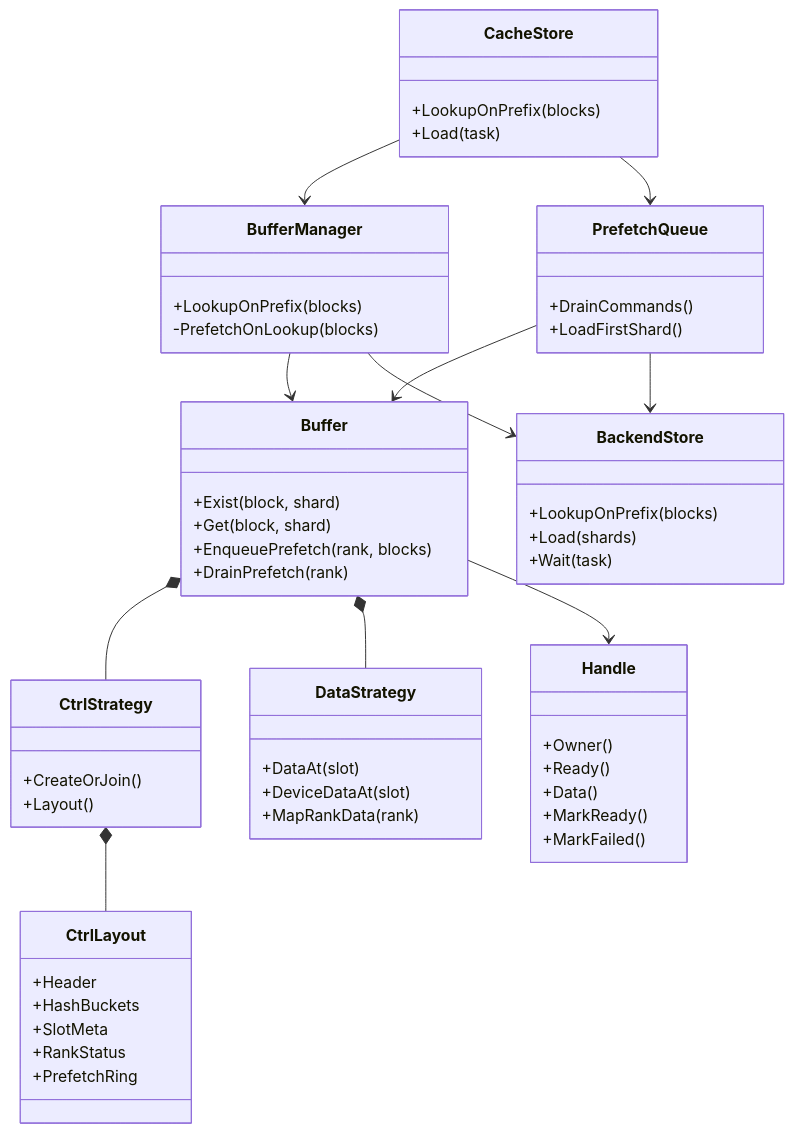
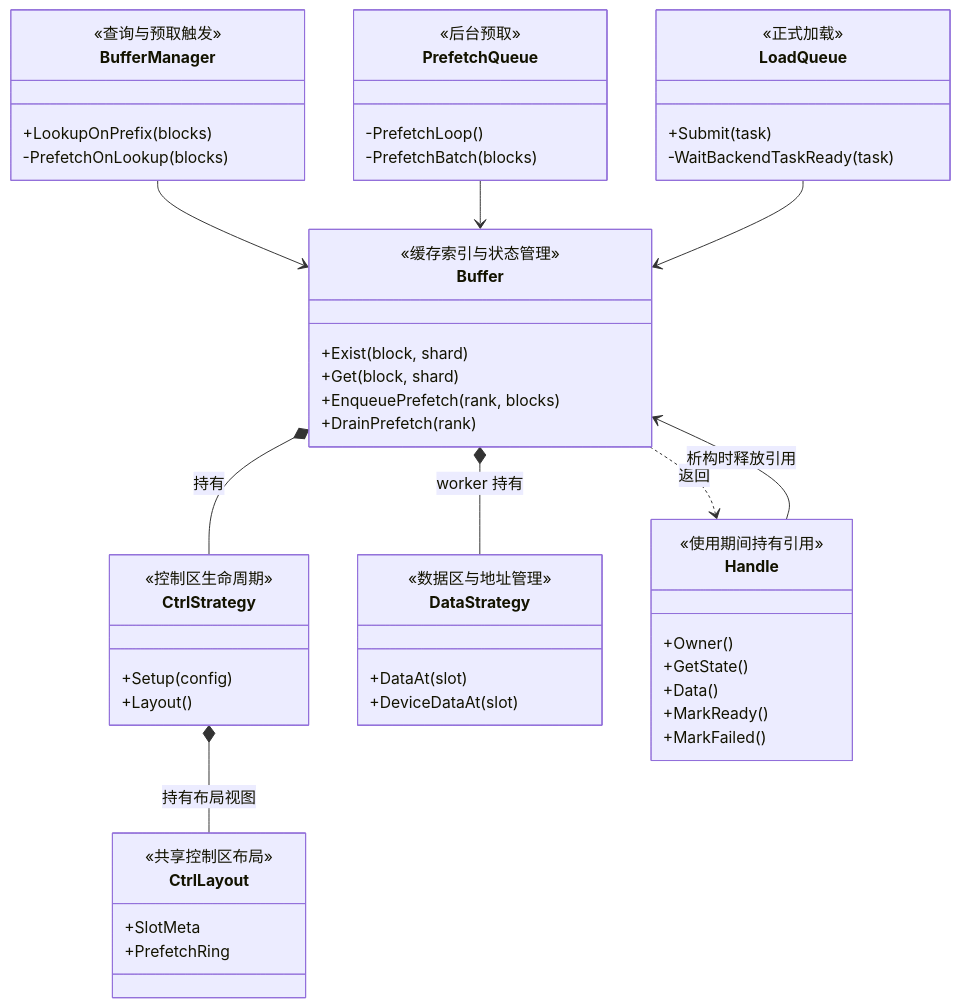
The first of 2 diagrams in docs/source/developer-guide/cache_control_data_separation_and_first_layer_prefetch.md (NaganooMei/unified-cache-management), drawn with Mermaid before and after one commit. The commit also changed other lines of this file and 1 other file, not shown here.

Commit message:
docs: refine cache design narrative and diagrams

```diff
--- a/docs/source/developer-guide/cache_control_data_separation_and_first_layer_prefetch.md
+++ b/docs/source/developer-guide/cache_control_data_separation_and_first_layer_prefetch.md
@@ -54,68 +21,56 @@
 ~~~mermaid
 classDiagram
-    class CacheStore {
-        +LookupOnPrefix(blocks)
-        +Load(task)
-    }
-
     class BufferManager {
+        <<查询与预取触发>>
         +LookupOnPrefix(blocks)
         -PrefetchOnLookup(blocks)
     }
-
+    class PrefetchQueue {
+        <<后台预取>>
+        -PrefetchLoop()
+        -PrefetchBatch(blocks)
+    }
+    class LoadQueue {
+        <<正式加载>>
+        +Submit(task)
+        -WaitBackendTaskReady(task)
+    }
     class Buffer {
+        <<缓存索引与状态管理>>
         +Exist(block, shard)
         +Get(block, shard)
         +EnqueuePrefetch(rank, blocks)
         +DrainPrefetch(rank)
     }
-
     class CtrlStrategy {
-        +CreateOrJoin()
+        <<控制区生命周期>>
+        +Setup(config)
         +Layout()
     }
-
     class CtrlLayout {
-        +Header
-        +HashBuckets
+        <<共享控制区布局>>
         +SlotMeta
-        +RankStatus
         +PrefetchRing
     }
-
     class DataStrategy {
+        <<数据区与地址管理>>
         +DataAt(slot)
         +DeviceDataAt(slot)
-        +MapRankData(rank)
     }
-
     class Handle {
+        <<使用期间持有引用>>
         +Owner()
-        +Ready()
+        +GetState()
         +Data()
         +MarkReady()
         +MarkFailed()
     }
-
-    class PrefetchQueue {
-        +DrainCommands()
-        +LoadFirstShard()
-    }
-
-    class BackendStore {
-        +LookupOnPrefix(blocks)
-        +Load(shards)
-        +Wait(task)
-    }
-
-    CacheStore --> BufferManager
-    CacheStore --> PrefetchQueue
     BufferManager --> Buffer
-    Buffer *-- CtrlStrategy
-    CtrlStrategy *-- CtrlLayout
-    Buffer *-- DataStrategy
-    Buffer --> Handle
     PrefetchQueue --> Buffer
-    PrefetchQueue --> BackendStore
-    BufferManager --> BackendStore
+    LoadQueue --> Buffer
+    Buffer *-- CtrlStrategy : 持有
+    CtrlStrategy *-- CtrlLayout : 持有布局视图
+    Buffer *-- DataStrategy : worker 持有
+    Buffer ..> Handle : 返回
+    Handle --> Buffer : 析构时释放引用
 ~~~
```
